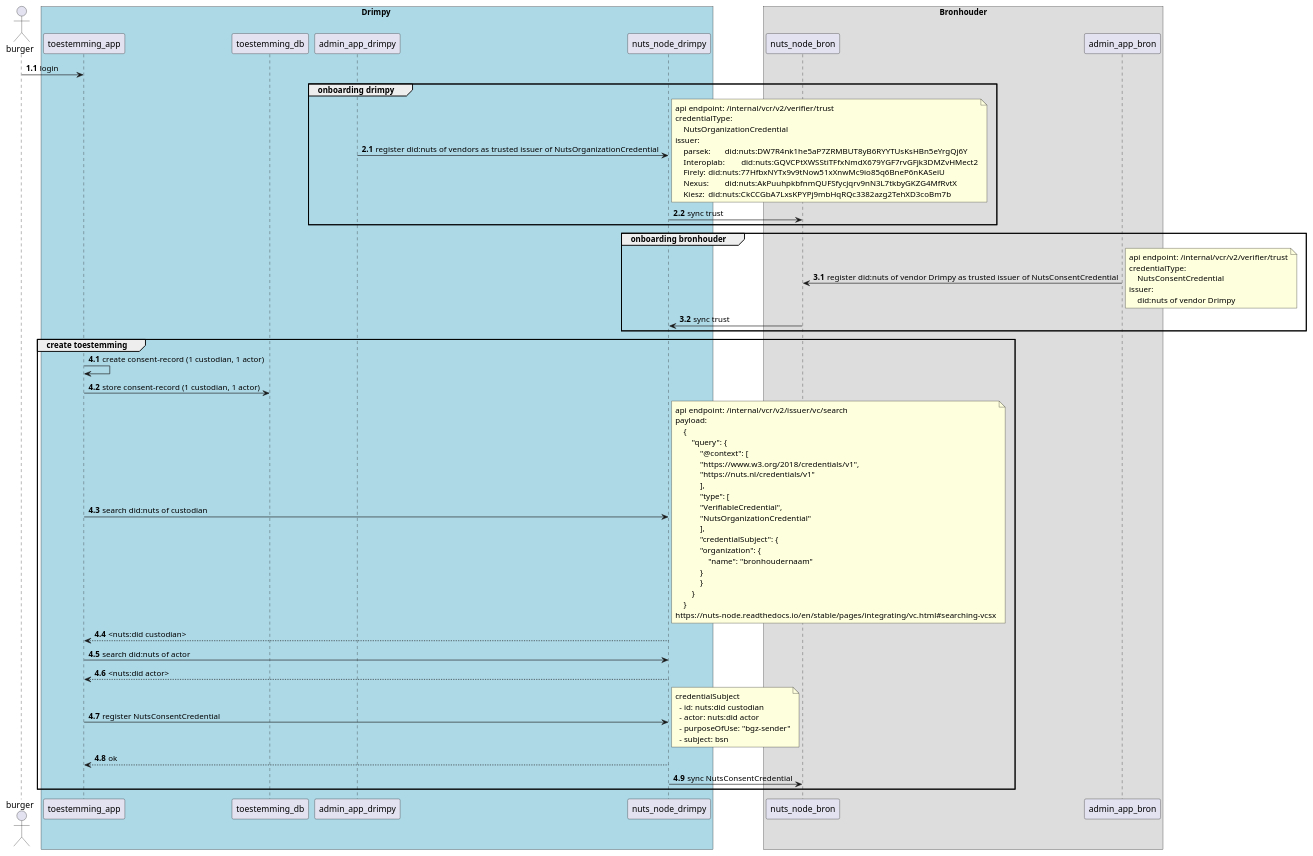
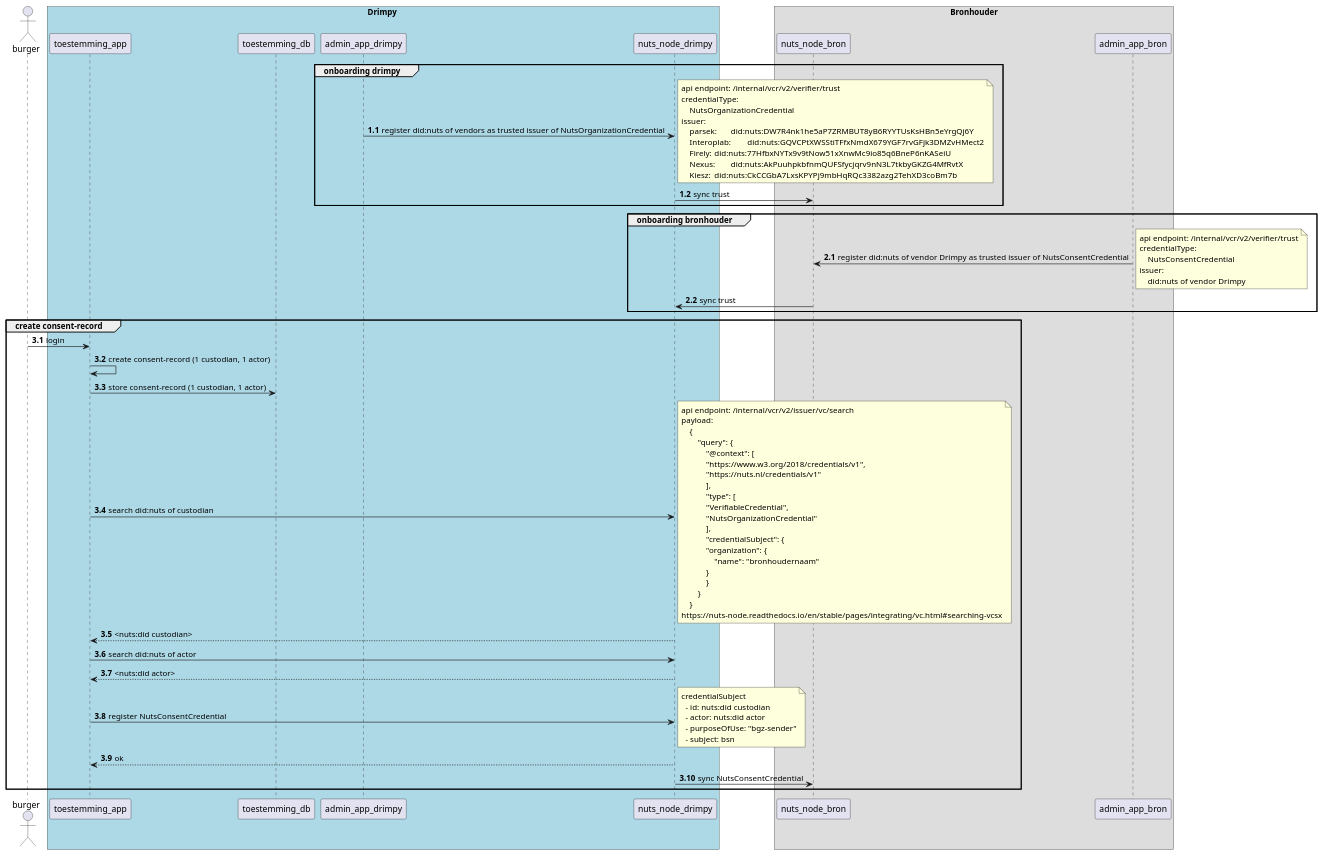
One commit to jorritspee/drimpy-consent changed the diagram in drimpy.puml. Above: the diagram before and after it, drawn with PlantUML. The commit also changed 1 other file, not shown here.

```diff
--- a/drimpy.puml
+++ b/drimpy.puml
@@ -1,90 +1,90 @@
 @startuml Drimpy
 autonumber 1.1
 actor burger
 box Drimpy #lightblue
   participant toestemming_app as toes
   participant toestemming_db as toes_db
   participant admin_app_drimpy
   participant nuts_node_drimpy as nuts_drimpy
 end box
 
 box Bronhouder
   participant nuts_node_bron as nuts_bron
   participant admin_app_bron
 end box
 
-burger -> toes: login
-
 group onboarding drimpy
-  autonumber inc a
   admin_app_drimpy -> nuts_drimpy: register did:nuts of vendors as trusted issuer of NutsOrganizationCredential
   note right
     api endpoint: /internal/vcr/v2/verifier/trust
     credentialType:
         NutsOrganizationCredential
     issuer: 
         parsek:	did:nuts:DW7R4nk1he5aP7ZRMBUT8yB6RYYTUsKsHBn5eYrgQj6Y
         Interoplab:	did:nuts:GQVCPtXWSStiTFfxNmdX679YGF7rvGFjk3DMZvHMect2
         Firely:	did:nuts:77HfbxNYTx9v9tNow51xXnwMc9io85q6BneP6nKASeiU
         Nexus:	did:nuts:AkPuuhpkbfnmQUFSfycjqrv9nN3L7tkbyGKZG4MfRvtX
         Kiesz:	did:nuts:CkCCGbA7LxsKPYPj9mbHqRQc3382azg2TehXD3coBm7b
   end note
   nuts_drimpy -> nuts_bron: sync trust
 end group
 
 group onboarding bronhouder
   autonumber inc a
   admin_app_bron -> nuts_bron: register did:nuts of vendor Drimpy as trusted issuer of NutsConsentCredential
   note right
     api endpoint: /internal/vcr/v2/verifier/trust
     credentialType:
         NutsConsentCredential
     issuer:
         did:nuts of vendor Drimpy
   end note
   nuts_bron -> nuts_drimpy: sync trust
 end group
 
-group create toestemming
+group create consent-record
   autonumber inc a
+
+  burger -> toes: login
+
   toes -> toes: create consent-record (1 custodian, 1 actor)
   toes -> toes_db: store consent-record (1 custodian, 1 actor)
   toes -> nuts_drimpy: search did:nuts of custodian
   note right
     api endpoint: /internal/vcr/v2/issuer/vc/search
     payload:
         {
             "query": {
                 "@context": [
                 "https://www.w3.org/2018/credentials/v1",
                 "https://nuts.nl/credentials/v1"
                 ],
                 "type": [
                 "VerifiableCredential",
                 "NutsOrganizationCredential"
                 ],
                 "credentialSubject": {
                 "organization": {
                     "name": "bronhoudernaam"
                 }
                 }
             }
         }
     https://nuts-node.readthedocs.io/en/stable/pages/integrating/vc.html#searching-vcsx
   end note
   nuts_drimpy --> toes: <nuts:did custodian>
   toes -> nuts_drimpy: search did:nuts of actor
   nuts_drimpy --> toes: <nuts:did actor>
   toes -> nuts_drimpy: register NutsConsentCredential
   note right
   credentialSubject
     - id: nuts:did custodian
     - actor: nuts:did actor
     - purposeOfUse: "bgz-sender"
     - subject: bsn
   end note
   nuts_drimpy --> toes: ok
   nuts_drimpy -> nuts_bron: sync NutsConsentCredential
 end group
 
 @enduml
```
